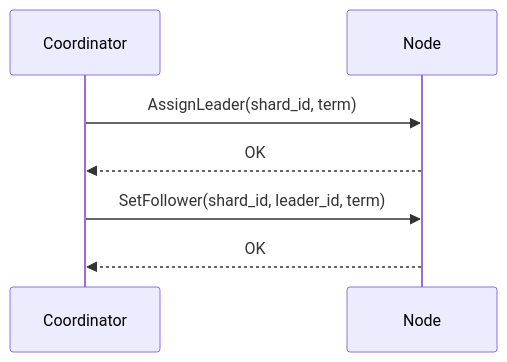
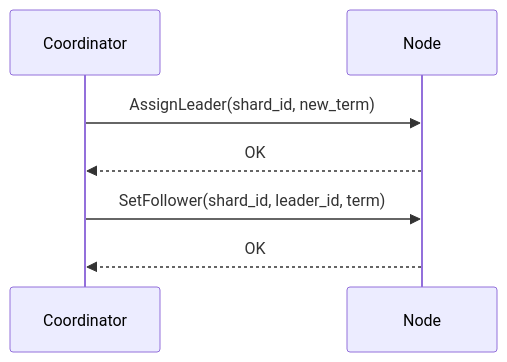
Before and after one commit to davecarr1024/doki: the second of 17 diagrams in docs/architecture.md, drawn with Mermaid. The commit also changed other lines of this file and 7 other files, not shown here.

Commit message:
Update docs for gRPC surface and roadmap

````diff
--- a/docs/architecture.md
+++ b/docs/architecture.md
@@ -95,11 +96,11 @@
 ```mermaid
 sequenceDiagram
     participant C as Coordinator
     participant N as Node
 
-    C->>N: AssignLeader(shard_id, term)
+    C->>N: AssignLeader(shard_id, new_term)
     N-->>C: OK
 
     C->>N: SetFollower(shard_id, leader_id, term)
     N-->>C: OK
 ```
````
